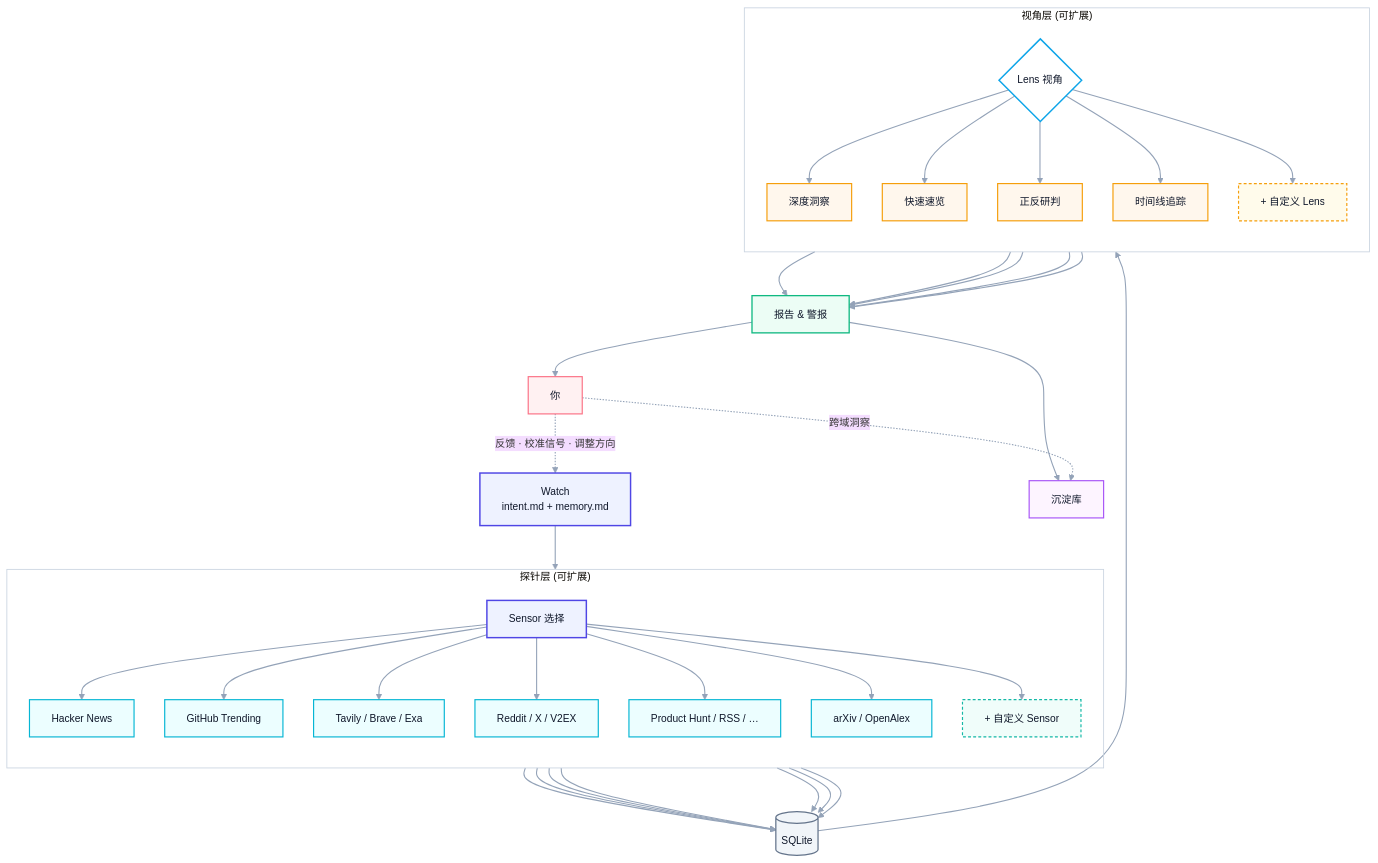
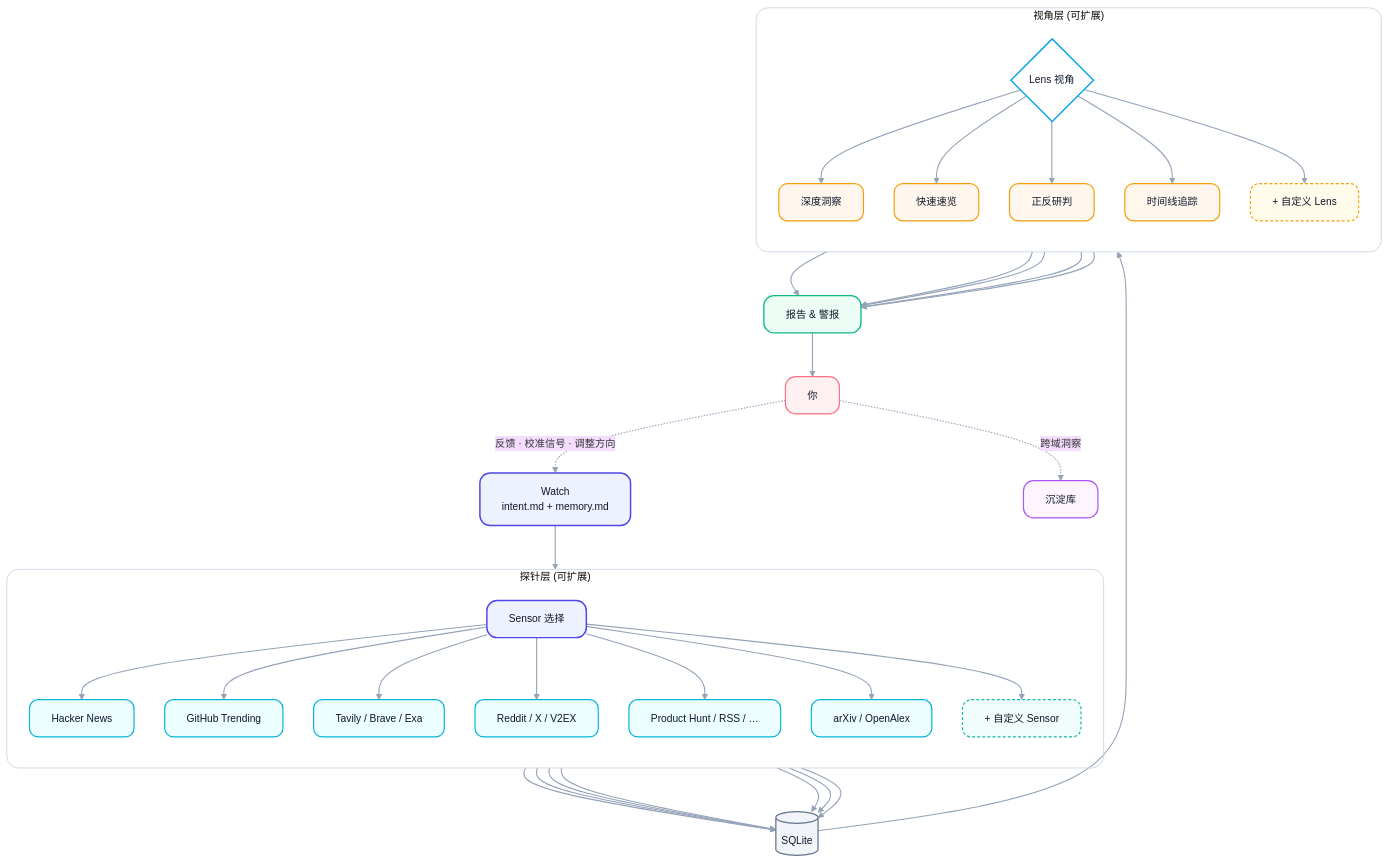
The diagram in README.zh-CN.md (zhiyuzi/Signex), drawn with Mermaid before and after one commit. The commit also changed 1 other file, not shown here.

Commit message:
docs: add rounded corners and fix diagram layout alignment (架构图圆角 + 布局调整)

````diff
--- a/README.zh-CN.md
+++ b/README.zh-CN.md
@@ -52,63 +52,62 @@
 ```mermaid
 %%{init: {
   "theme": "base",
   "flowchart": { "curve": "basis", "nodeSpacing": 42, "rankSpacing": 60 },
   "themeVariables": {
     "background": "transparent",
     "mainBkg": "transparent",
     "fontFamily": "ui-sans-serif, system-ui, -apple-system, Segoe UI, Roboto, Helvetica, Arial",
     "fontSize": "14px",
     "lineColor": "#94A3B8",
     "textColor": "#0F172A"
   }
 }}%%
 
 flowchart TB
   W["Watch<br/>intent.md + memory.md"]:::core --> S["Sensor 选择"]:::core
 
   subgraph Sensors["探针层 (可扩展)"]
     direction TB
     S --> S1["Hacker News"]:::sensor
     S --> S2["GitHub Trending"]:::sensor
     S --> S3["Tavily / Brave / Exa"]:::sensor
     S --> S4["Reddit / X / V2EX"]:::sensor
     S --> S5["Product Hunt / RSS / …"]:::sensor
     S --> S6["arXiv / OpenAlex"]:::sensor
     S --> S7["+ 自定义 Sensor"]:::sensorAlt
   end
 
   S1 & S2 & S3 & S4 & S5 & S6 & S7 --> DB[("SQLite")]:::store
   DB --> L{"Lens 视角"}:::decision
 
   subgraph Lenses["视角层 (可扩展)"]
     direction TB
     L --> L1["深度洞察"]:::lens
     L --> L2["快速速览"]:::lens
     L --> L3["正反研判"]:::lens
     L --> L4["时间线追踪"]:::lens
     L --> L5["+ 自定义 Lens"]:::lensAlt
   end
 
   L1 & L2 & L3 & L4 & L5 --> R["报告 & 警报"]:::out
-  R --> V["沉淀库"]:::vault
   R --> U["你"]:::actor
 
   U -. "反馈 · 校准信号 · 调整方向" .-> W
-  U -. "跨域洞察" .-> V
+  U -. "跨域洞察" .-> V["沉淀库"]:::vault
 
-  classDef core      fill:#EEF2FF,stroke:#4F46E5,stroke-width:2px,color:#0F172A
-  classDef sensor    fill:#ECFEFF,stroke:#06B6D4,stroke-width:1.6px,color:#0F172A
-  classDef sensorAlt fill:#F0FDFA,stroke:#14B8A6,stroke-width:1.6px,color:#0F172A,stroke-dasharray:4 3
-  classDef store     fill:#F1F5F9,stroke:#64748B,stroke-width:1.7px,color:#0F172A
-  classDef decision  fill:#FFFFFF,stroke:#0EA5E9,stroke-width:2px,color:#0F172A
-  classDef lens      fill:#FFF7ED,stroke:#F59E0B,stroke-width:1.6px,color:#0F172A
-  classDef lensAlt   fill:#FFFBEB,stroke:#F59E0B,stroke-width:1.6px,color:#0F172A,stroke-dasharray:4 3
-  classDef out       fill:#ECFDF5,stroke:#10B981,stroke-width:1.8px,color:#0F172A
-  classDef vault     fill:#FDF4FF,stroke:#A855F7,stroke-width:1.6px,color:#0F172A
-  classDef actor     fill:#FFF1F2,stroke:#FB7185,stroke-width:1.6px,color:#0F172A
+  classDef core      fill:#EEF2FF,stroke:#4F46E5,stroke-width:2px,color:#0F172A,rx:14,ry:14
+  classDef sensor    fill:#ECFEFF,stroke:#06B6D4,stroke-width:1.6px,color:#0F172A,rx:12,ry:12
+  classDef sensorAlt fill:#F0FDFA,stroke:#14B8A6,stroke-width:1.6px,color:#0F172A,stroke-dasharray:4 3,rx:12,ry:12
+  classDef store     fill:#F1F5F9,stroke:#64748B,stroke-width:1.7px,color:#0F172A,rx:14,ry:14
+  classDef decision  fill:#FFFFFF,stroke:#0EA5E9,stroke-width:2px,color:#0F172A,rx:18,ry:18
+  classDef lens      fill:#FFF7ED,stroke:#F59E0B,stroke-width:1.6px,color:#0F172A,rx:12,ry:12
+  classDef lensAlt   fill:#FFFBEB,stroke:#F59E0B,stroke-width:1.6px,color:#0F172A,stroke-dasharray:4 3,rx:12,ry:12
+  classDef out       fill:#ECFDF5,stroke:#10B981,stroke-width:1.8px,color:#0F172A,rx:14,ry:14
+  classDef vault     fill:#FDF4FF,stroke:#A855F7,stroke-width:1.6px,color:#0F172A,rx:14,ry:14
+  classDef actor     fill:#FFF1F2,stroke:#FB7185,stroke-width:1.6px,color:#0F172A,rx:14,ry:14
 
-  style Sensors fill:transparent,stroke:#CBD5E1,stroke-width:1.2px
-  style Lenses  fill:transparent,stroke:#CBD5E1,stroke-width:1.2px
+  style Sensors fill:transparent,stroke:#CBD5E1,stroke-width:1.2px,rx:16,ry:16
+  style Lenses  fill:transparent,stroke:#CBD5E1,stroke-width:1.2px,rx:16,ry:16
 
   linkStyle default stroke:#94A3B8,stroke-width:1.5px
 ```
````
